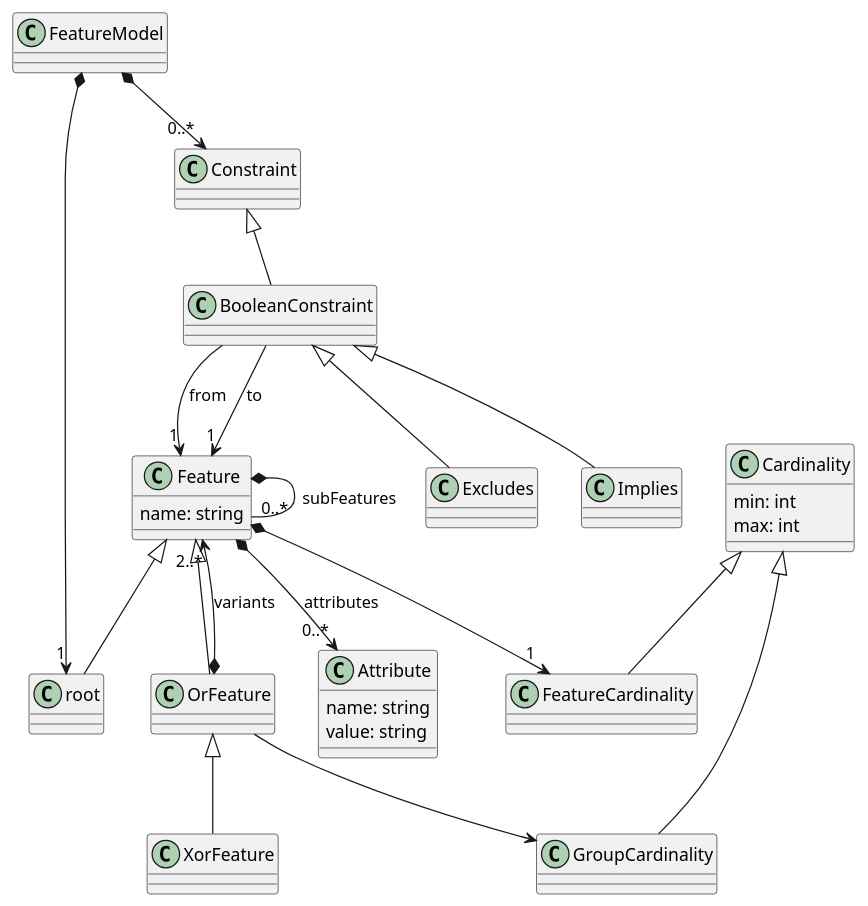
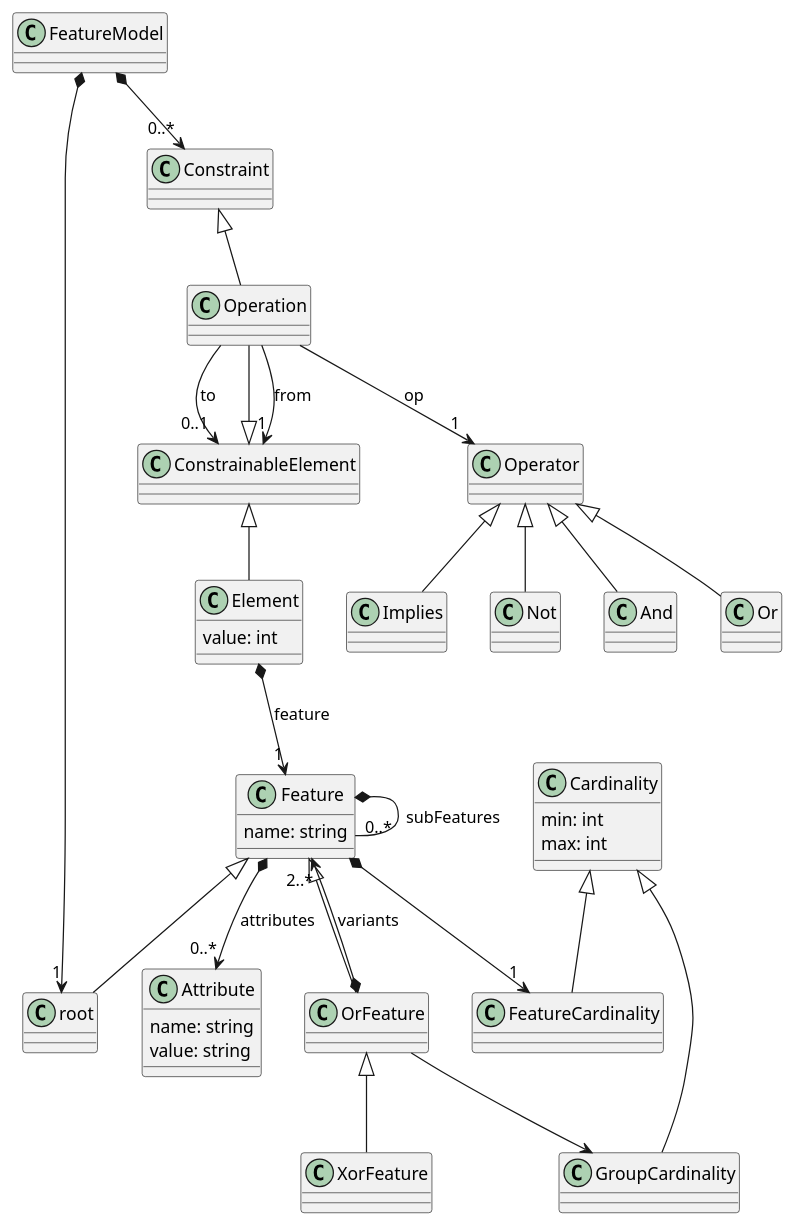
One commit to qunnn41/SFEA changed the diagram in SFEA/metamodel.puml. Above: the diagram before and after it, drawn with PlantUML. The commit also changed 35 other files, not shown here.

```diff
--- a/SFEA/metamodel.puml
+++ b/SFEA/metamodel.puml
@@ -1,40 +1,54 @@
 @startuml
 
 FeatureModel *--> "1" root
 
 Feature <|-- root
 Feature *-- "0..*" Feature : subFeatures
 
 class Feature {
 name: string
 }
 
 Feature <|-- OrFeature
 OrFeature <|-- XorFeature
 
 class Cardinality {
 min: int
 max: int
 }
 
 Cardinality <|-- GroupCardinality
 Cardinality <|-- FeatureCardinality
 
 class Attribute {
 name: string
 value: string
 }
 
 Feature *--> "0..*" Attribute: attributes
 Feature *--> "1" FeatureCardinality
 OrFeature *--> "2..*" Feature : variants
 OrFeature --> GroupCardinality
 
 FeatureModel *--> "0..*" Constraint
-Constraint <|-- BooleanConstraint
-BooleanConstraint --> "1" Feature : from
-BooleanConstraint --> "1" Feature : to
-BooleanConstraint <|-- Implies
-BooleanConstraint <|-- Excludes
+
+Constraint <|-- Operation
+Operator <|-- And
+Operator <|-- Or
+Operator <|-- Implies
+Operator <|-- Not
+
+Operation --> "1" ConstrainableElement : from
+Operation --> "0..1" ConstrainableElement : to
+Operation --> "1" Operator: op
+
+class Element {
+value: int
+}
+
+ConstrainableElement <|-- Element
+ConstrainableElement <|-- Operation
+
+Element *--> "1" Feature : feature
 
 @enduml
```
